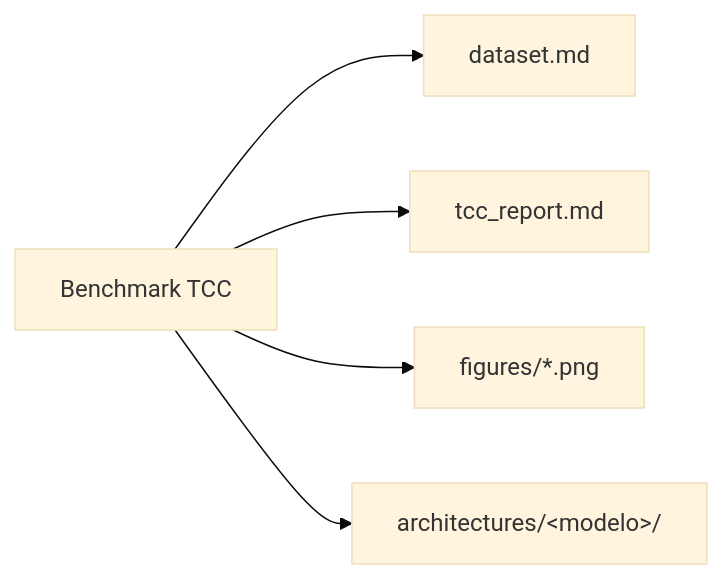
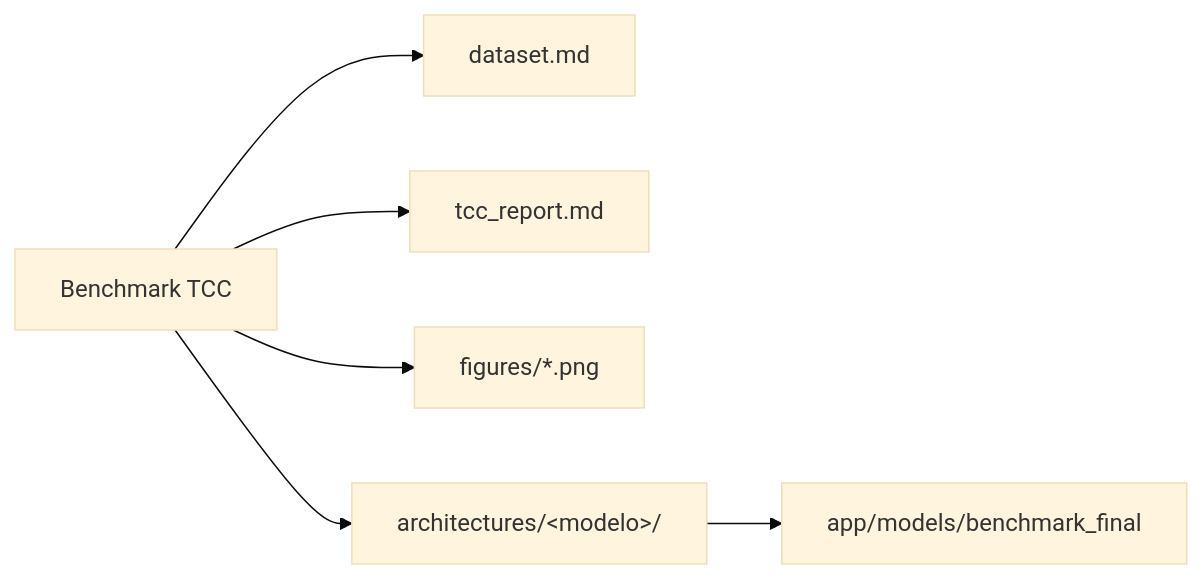
The third of 3 diagrams in docs/index.md (thierrybraga/XFakeSong), drawn with Mermaid (base theme) before and after one commit. The commit also changed other lines of this file and 398 other files, not shown here.

````diff
--- a/docs/index.md
+++ b/docs/index.md
@@ -70,7 +97,8 @@
 ```mermaid
 flowchart LR
     A["Benchmark TCC"] --> B["dataset.md"]
     A --> C["tcc_report.md"]
     A --> D["figures/*.png"]
     A --> E["architectures/&lt;modelo&gt;/"]
+    E --> F["app/models/benchmark_final"]
 ```
````
